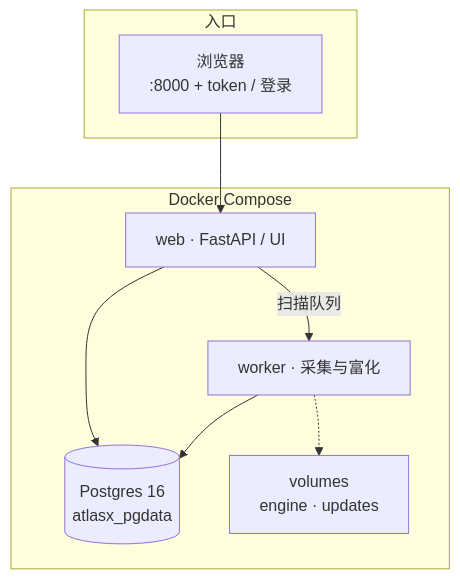
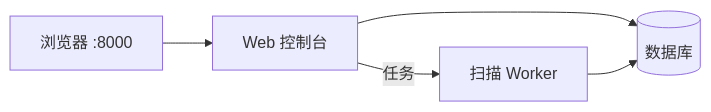
The diagram in README.md (yingfff123/AtlasX), drawn with Mermaid before and after one commit. The commit also changed other lines of this file, not shown here.

````diff
--- a/README.md
+++ b/README.md
@@ -116,17 +74,7 @@
 ```mermaid
-flowchart TB
-  subgraph edge["入口"]
-    U["浏览器<br/>:8000 + token / 登录"]
-  end
-  subgraph stack["Docker Compose"]
-    W["web · FastAPI / UI"]
-    R["worker · 采集与富化"]
-    DB[("Postgres 16<br/>atlasx_pgdata")]
-    V["volumes<br/>engine · updates"]
-  end
-  U --> W
-  W --> DB
-  W -->|扫描队列| R
+flowchart LR
+  U["浏览器 :8000"] --> W["Web 控制台"]
+  W --> DB[("数据库")]
+  W -->|任务| R["扫描 Worker"]
   R --> DB
-  R -.-> V
 ```
````
